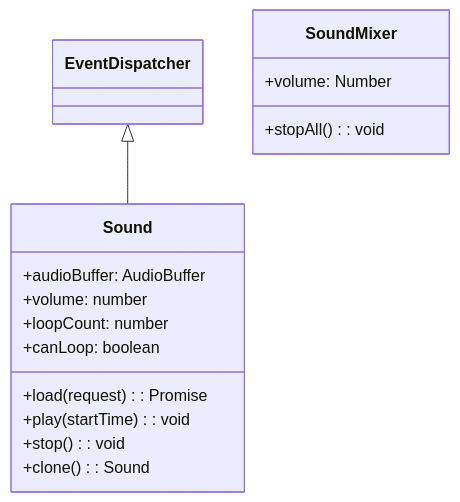
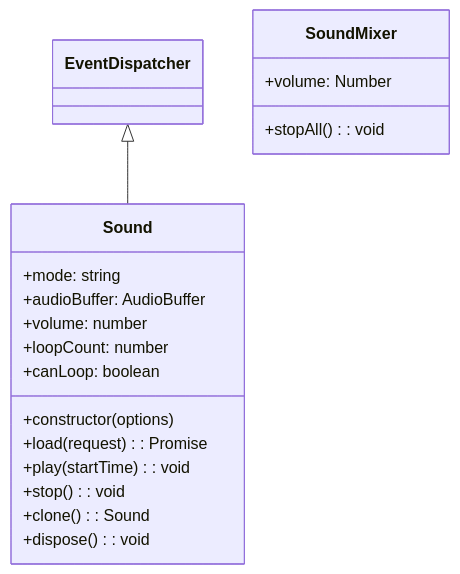
The diagram in specs/cn/sound.md (Next2D/player), drawn with Mermaid before and after one commit. The commit also changed other lines of this file and 2 other files, not shown here.

````diff
--- a/specs/cn/sound.md
+++ b/specs/cn/sound.md
@@ -7,18 +7,21 @@
 ```mermaid
 classDiagram
     EventDispatcher <|-- Sound
     class Sound {
+        +constructor(options)
+        +mode: string
         +audioBuffer: AudioBuffer
         +volume: number
         +loopCount: number
         +canLoop: boolean
         +load(request): Promise
         +play(startTime): void
         +stop(): void
         +clone(): Sound
+        +dispose(): void
     }
     class SoundMixer {
         +volume: Number
         +stopAll(): void
     }
 ```
````
